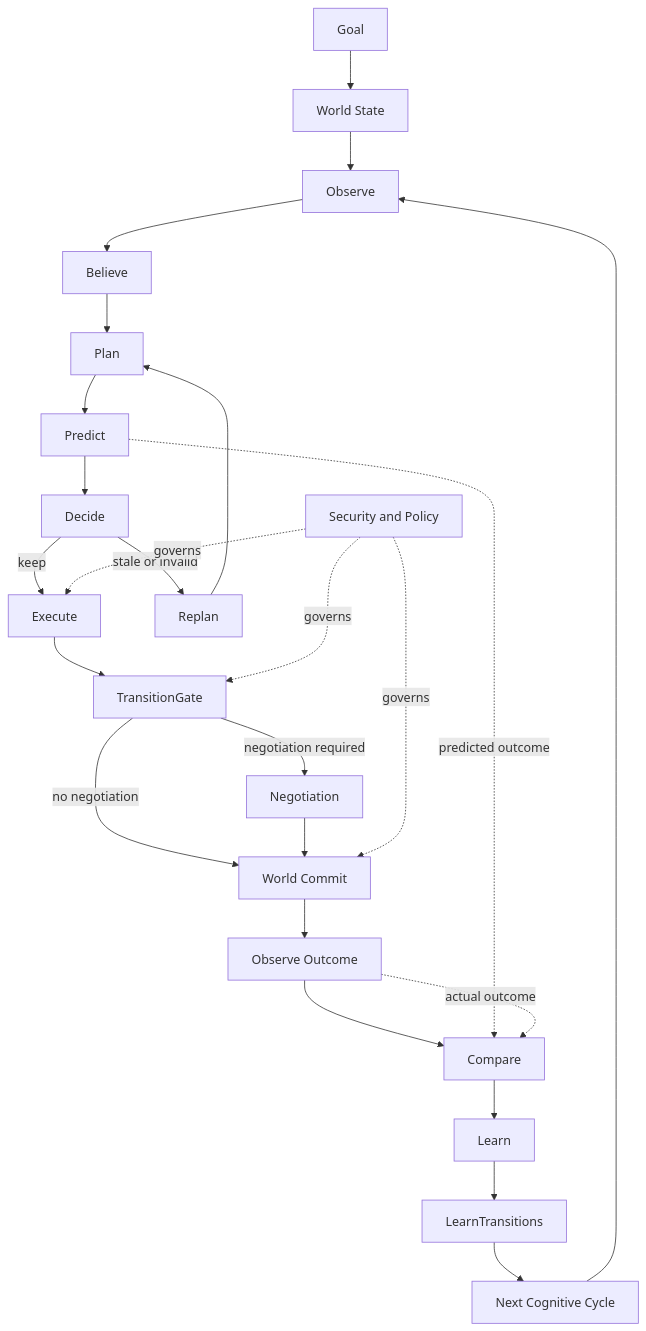
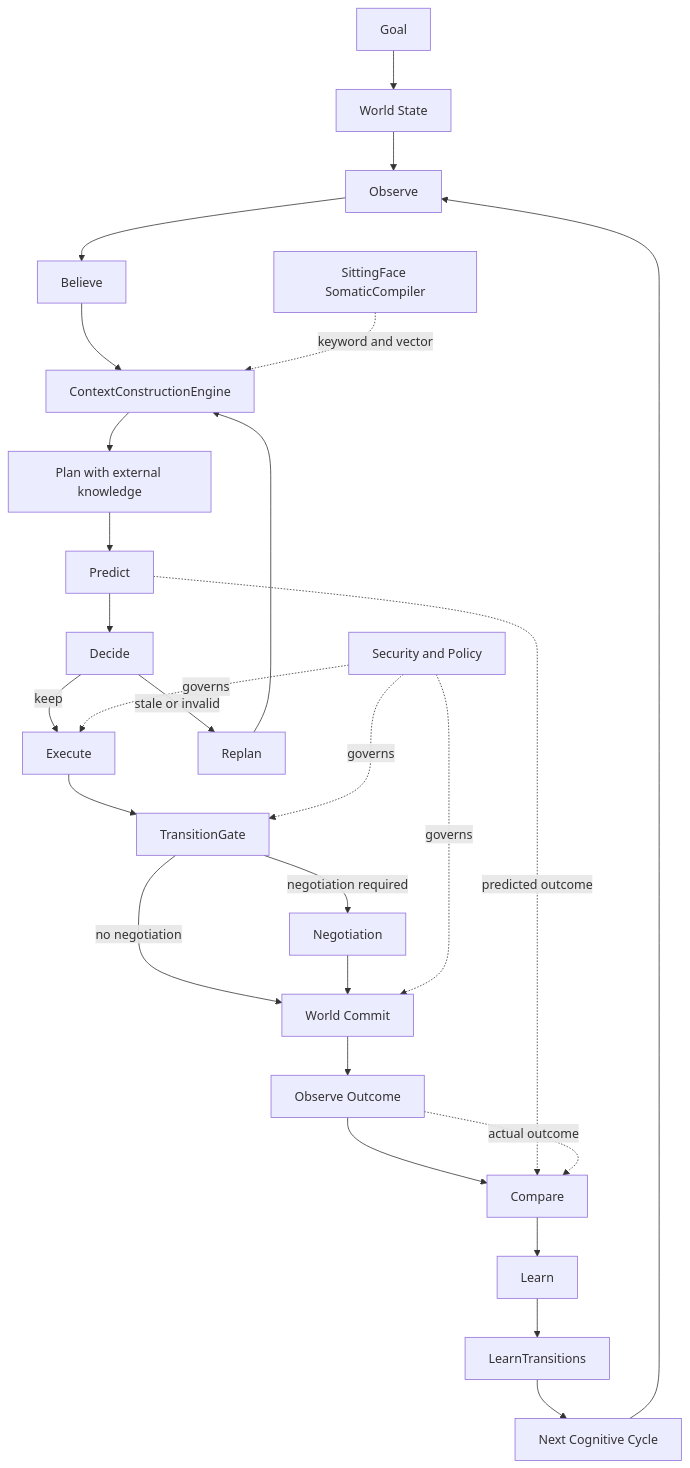
One commit to monkeypatched-stack/cogitive-os changed the first of 25 diagrams in docs/DIAGRAMS.md. Above: the diagram before and after it, drawn with Mermaid. The commit also changed other lines of this file, not shown here.

Commit message:
adding diagrams

````diff
--- a/docs/DIAGRAMS.md
+++ b/docs/DIAGRAMS.md
@@ -60,33 +66,35 @@
 ```mermaid
 flowchart TD
     G[Goal] --> W[World State]
     W --> O[Observe]
     O --> B[Believe]
-    B --> P[Plan]
+    B --> CCE[ContextConstructionEngine]
+    SF[SittingFace SomaticCompiler] -.->|keyword and vector| CCE
+    CCE --> P[Plan with external knowledge]
     P --> PR[Predict]
     PR --> D[Decide]
 
     D -->|keep| E[Execute]
     D -->|stale or invalid| RP[Replan]
-    RP --> P
+    RP --> CCE
 
     E --> TG[TransitionGate]
     TG -->|negotiation required| N[Negotiation]
     TG -->|no negotiation| C[World Commit]
     N --> C
 
     C --> OO[Observe Outcome]
     OO --> CMP[Compare]
     CMP --> L[Learn]
     L --> LT[LearnTransitions]
 
     LT --> NEXT[Next Cognitive Cycle]
     NEXT --> O
 
     PR -.->|predicted outcome| CMP
     OO -.->|actual outcome| CMP
 
     SEC[Security and Policy] -.->|governs| E
     SEC -.->|governs| TG
     SEC -.->|governs| C
 ```
````
